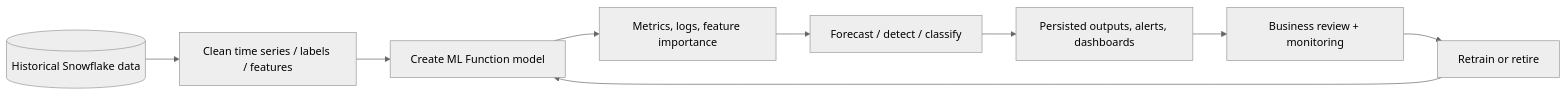
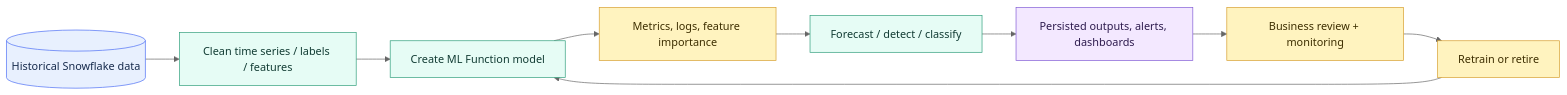
Before and after one commit to shonningsoy/Upskill: the diagram in 01 Snowflake/05 Advanced Analytics and AI/40 ML Functions for Forecasting, Anomaly Detection, and Classification.md, drawn with Mermaid (neutral theme). The commit also changed other lines of this file and 12 other files, not shown here.

````diff
--- a/01 Snowflake/05 Advanced Analytics and AI/40 ML Functions for Forecasting, Anomaly Detection, and Classification.md
+++ b/01 Snowflake/05 Advanced Analytics and AI/40 ML Functions for Forecasting, Anomaly Detection, and Classification.md
@@ -73,11 +76,21 @@
 ```mermaid
 flowchart LR
     DATA[(Historical Snowflake data)] --> PREP[Clean time series / labels / features]
     PREP --> TRAIN[Create ML Function model]
     TRAIN --> EVAL[Metrics, logs, feature importance]
     EVAL --> SCORE[Forecast / detect / classify]
     SCORE --> OUTPUT[Persisted outputs, alerts, dashboards]
     OUTPUT --> REVIEW[Business review + monitoring]
     REVIEW --> RETRAIN[Retrain or retire]
     RETRAIN --> TRAIN
+
+    classDef input fill:#E8F0FE,stroke:#4C6EF5,color:#172B4D
+    classDef control fill:#FFF3BF,stroke:#D69E2E,color:#3D2E00
+    classDef snowflake fill:#E6FCF5,stroke:#2F9E7B,color:#123C34
+    classDef platform fill:#F1F3F5,stroke:#868E96,color:#212529
+    classDef output fill:#F3E8FF,stroke:#805AD5,color:#2D1B4E
+    class DATA input
+    class PREP,TRAIN,SCORE snowflake
+    class EVAL,REVIEW,RETRAIN control
+    class OUTPUT output
 ```
````
